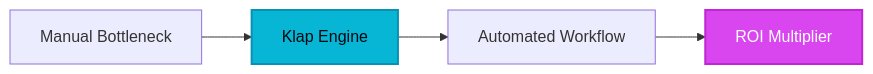
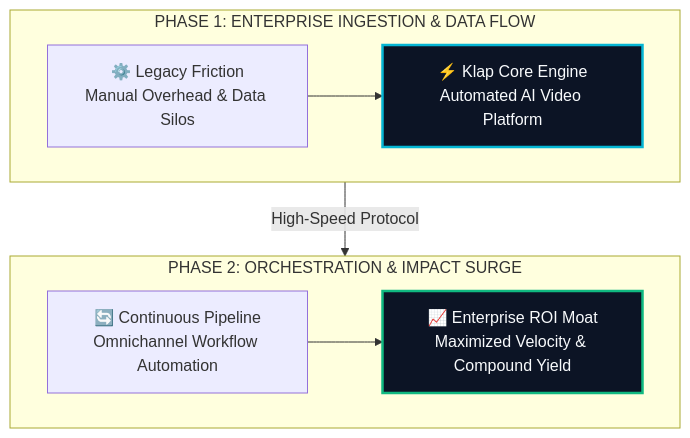
One commit to heliatech-media/saas-radar changed the diagram in site/src/content/blog/klap-evolution-guide-2026.md. Above: the diagram before and after it, drawn with Mermaid. The commit also changed 97 other files, not shown here.

First line of the commit message:
feat(diagrams): upgrade all article architecture schemas to high-impact 2-tier responsive vector blueprints

````diff
--- a/site/src/content/blog/klap-evolution-guide-2026.md
+++ b/site/src/content/blog/klap-evolution-guide-2026.md
@@ -51,8 +51,14 @@
 ```mermaid
-flowchart LR
-    A[Manual Bottleneck] --> B[Klap Engine]
-    B --> C[Automated Workflow]
-    C --> D[ROI Multiplier]
-    style B fill:#06b6d4,stroke:#0891b2,stroke-width:2px,color:#030712
-    style D fill:#d946ef,stroke:#c026d3,stroke-width:2px,color:#ffffff
+flowchart TD
+    subgraph S1["PHASE 1: ENTERPRISE INGESTION & DATA FLOW"]
+        direction LR
+        A["⚙️ Legacy Friction<br/>Manual Overhead & Data Silos"] --> B["⚡ Klap Core Engine<br/>Automated AI Video Platform"]
+    end
+    subgraph S2["PHASE 2: ORCHESTRATION & IMPACT SURGE"]
+        direction LR
+        C["🔄 Continuous Pipeline<br/>Omnichannel Workflow Automation"] --> D["📈 Enterprise ROI Moat<br/>Maximized Velocity & Compound Yield"]
+    end
+    S1 -->|High-Speed Protocol| S2
+    style B fill:#0c1425,stroke:#06b6d4,stroke-width:2.5px,color:#f8fafc
+    style D fill:#0c1425,stroke:#10b981,stroke-width:2.5px,color:#f8fafc
 ```
````
